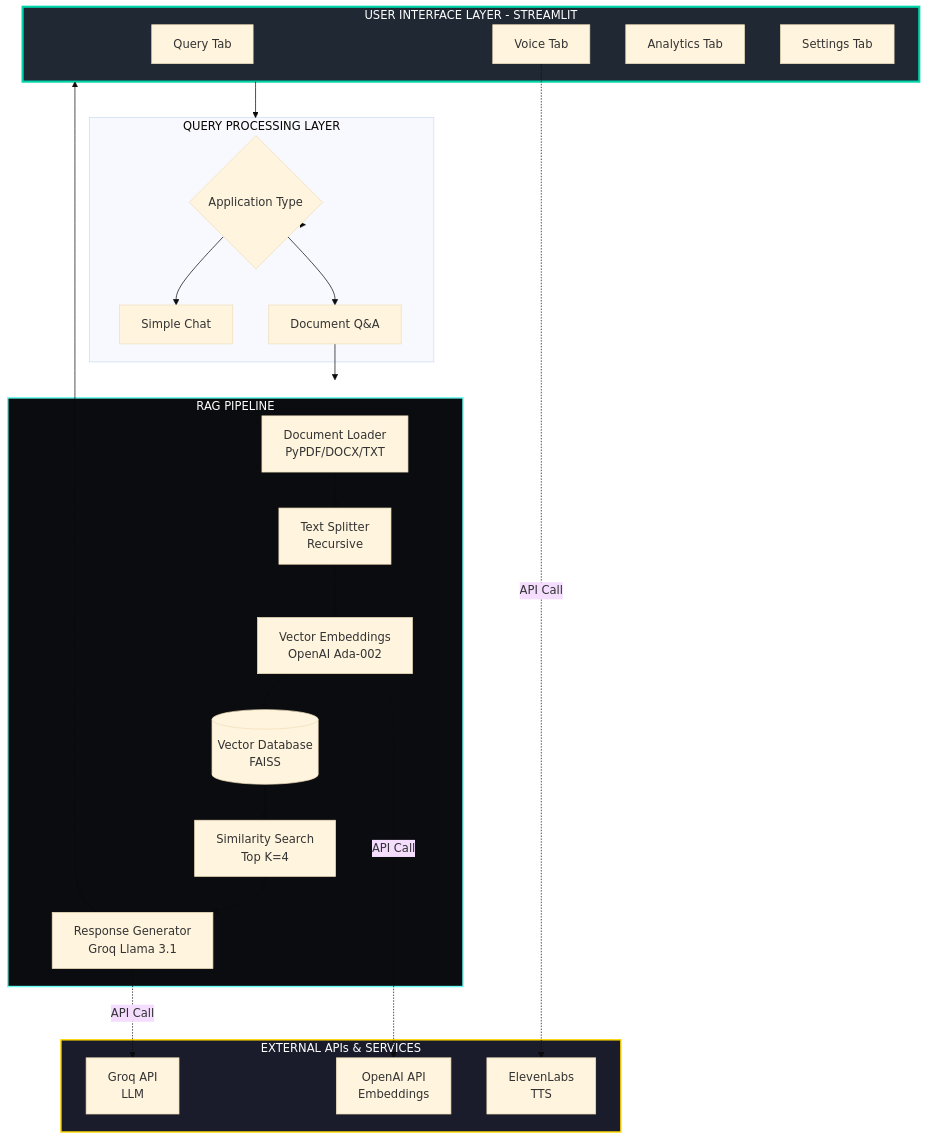
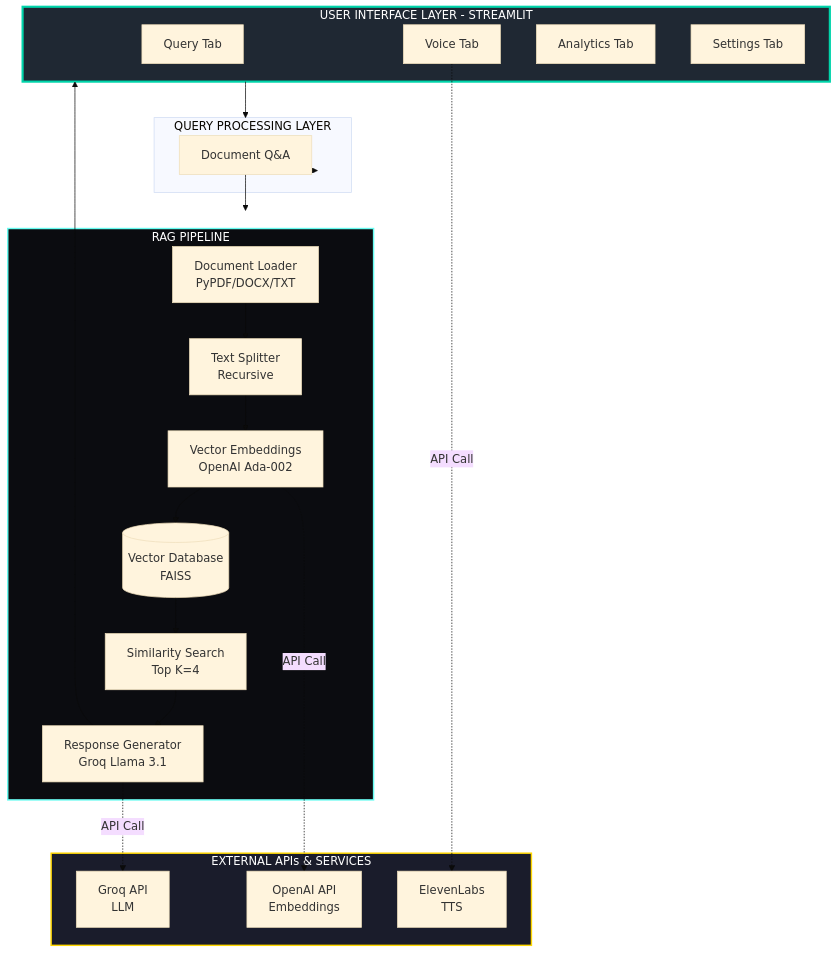
The first of 7 diagrams in README.md (Syam-1133/Syams-Document-Intelligence-Platform), drawn with Mermaid (base theme) before and after one commit. The commit also changed other lines of this file, not shown here.

````diff
--- a/README.md
+++ b/README.md
@@ -95,51 +95,47 @@
 ```mermaid
 graph TB
     subgraph UI["USER INTERFACE LAYER - STREAMLIT"]
         QT[Query Tab]
         VT[Voice Tab]
         AT[Analytics Tab]
         ST[Settings Tab]
     end
     
     subgraph QPL["QUERY PROCESSING LAYER"]
-        AT_TYPE{Application Type}
-        SIMPLE[Simple Chat]
         DOC_QA[Document Q&A]
     end
-    
+
     subgraph RAG["RAG PIPELINE"]
         DL[Document Loader<br/>PyPDF/DOCX/TXT]
         TS[Text Splitter<br/>Recursive]
         VE[Vector Embeddings<br/>OpenAI Ada-002]
         VDB[(Vector Database<br/>FAISS)]
         SS[Similarity Search<br/>Top K=4]
         RG[Response Generator<br/>Groq Llama 3.1]
     end
     
     subgraph EXT["EXTERNAL APIs & SERVICES"]
         GROQ[Groq API<br/>LLM]
         OPENAI[OpenAI API<br/>Embeddings]
         ELEVEN[ElevenLabs<br/>TTS]
     end
     
     UI --> QPL
-    QPL --> AT_TYPE
-    AT_TYPE --> SIMPLE
-    AT_TYPE --> DOC_QA
+    QPL --> DOC_QA
     DOC_QA --> RAG
     
     DL --> TS
     TS --> VE
     VE --> VDB
     VDB --> SS
     SS --> RG
     RG --> UI
     
     VE -.->|API Call| OPENAI
     RG -.->|API Call| GROQ
     VT -.->|API Call| ELEVEN
     
     style UI fill:#1f2833,stroke:#00d4aa,stroke-width:3px,color:#fff
     style RAG fill:#0b0c10,stroke:#66fcf1,stroke-width:2px,color:#fff
     style EXT fill:#1a1c2b,stroke:#ffd700,stroke-width:2px,color:#fff
 ```
````
